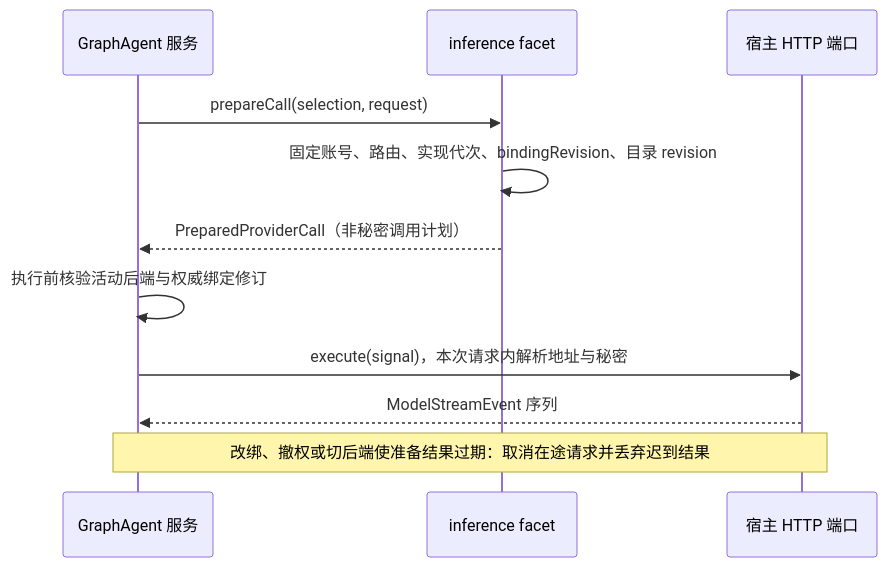
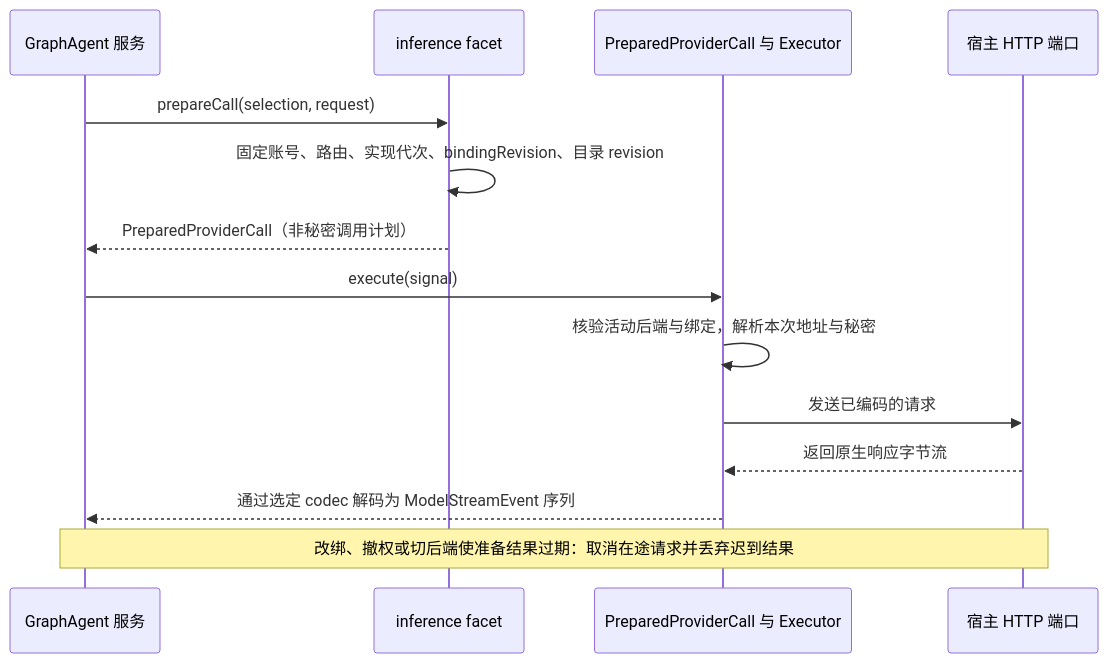
Before and after one commit to SwingCosmic/astra-conductor: the first of 2 diagrams in docs/common/core/provider/protocol-design.md, drawn with Mermaid. The commit also changed other lines of this file and 156 other files, not shown here.

````diff
--- a/docs/common/core/provider/protocol-design.md
+++ b/docs/common/core/provider/protocol-design.md
@@ -112,13 +138,16 @@
 ```mermaid
 sequenceDiagram
   participant G as GraphAgent 服务
   participant I as inference facet
+  participant E as PreparedProviderCall 与 Executor
   participant H as 宿主 HTTP 端口
   G->>I: prepareCall(selection, request)
   I->>I: 固定账号、路由、实现代次、bindingRevision、目录 revision
   I-->>G: PreparedProviderCall（非秘密调用计划）
-  G->>G: 执行前核验活动后端与权威绑定修订
-  G->>H: execute(signal)，本次请求内解析地址与秘密
-  H-->>G: ModelStreamEvent 序列
+  G->>E: execute(signal)
+  E->>E: 核验活动后端与绑定，解析本次地址与秘密
+  E->>H: 发送已编码的请求
+  H-->>E: 返回原生响应字节流
+  E-->>G: 通过选定 codec 解码为 ModelStreamEvent 序列
   Note over G,H: 改绑、撤权或切后端使准备结果过期：取消在途请求并丢弃迟到结果
 ```
````
